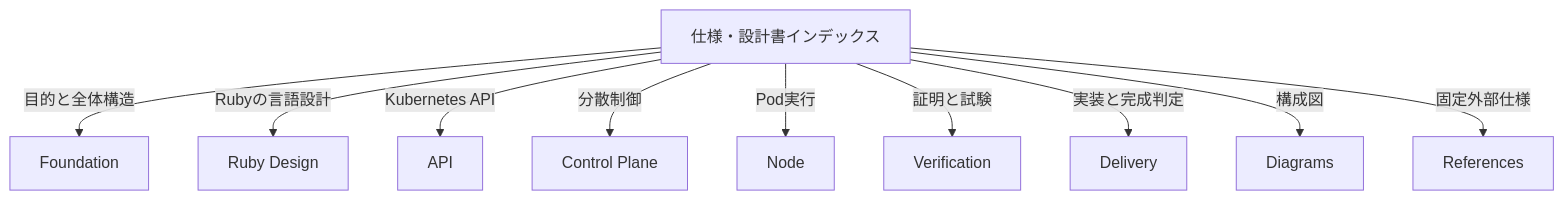
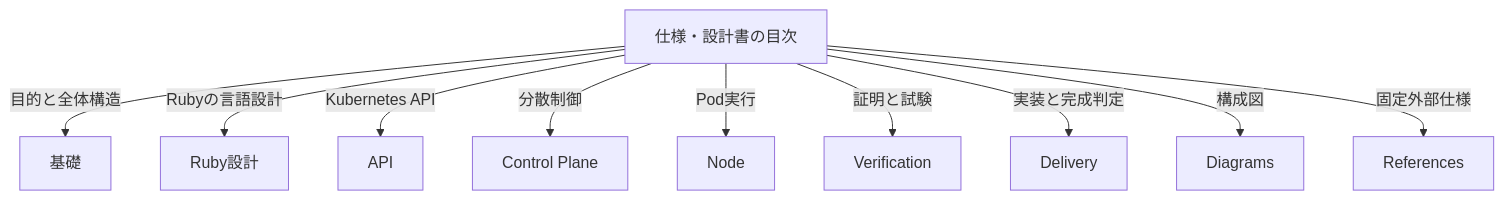
Before and after one commit to Aqua-218/Rubernetes: the diagram in spec/README.md, drawn with Mermaid.

Commit message:
docs(spec): revise README.md at line 15
One edit in spec/README.md at line 15: +3 -3.

````diff
--- a/spec/README.md
+++ b/spec/README.md
@@ -13,13 +13,13 @@
 ```mermaid
 graph TD
-    Hub["仕様・設計書インデックス"]
-    Hub -->|"目的と全体構造"| Foundation["Foundation"]
-    Hub -->|"Rubyの言語設計"| RubyDesign["Ruby Design"]
+    Hub["仕様・設計書の目次"]
+    Hub -->|"目的と全体構造"| Foundation["基礎"]
+    Hub -->|"Rubyの言語設計"| RubyDesign["Ruby設計"]
     Hub -->|"Kubernetes API"| API["API"]
     Hub -->|"分散制御"| ControlPlane["Control Plane"]
     Hub -->|"Pod実行"| Node["Node"]
     Hub -->|"証明と試験"| Verification["Verification"]
     Hub -->|"実装と完成判定"| Delivery["Delivery"]
     Hub -->|"構成図"| Diagrams["Diagrams"]
     Hub -->|"固定外部仕様"| References["References"]
 ```
````
